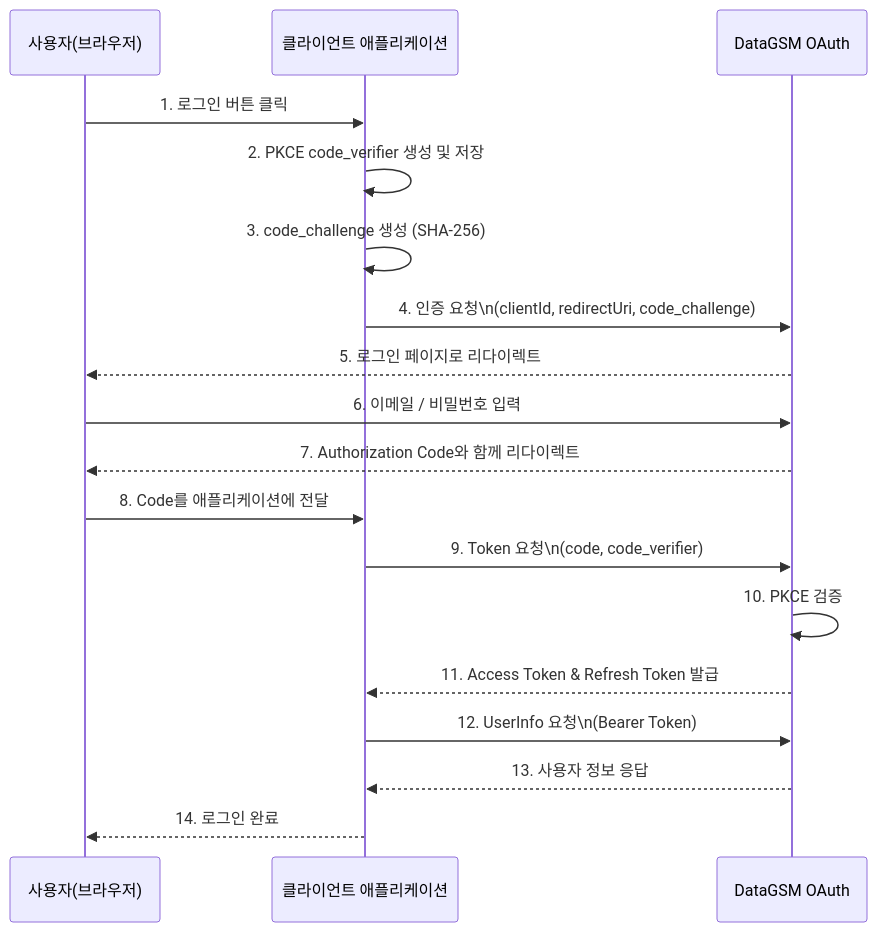
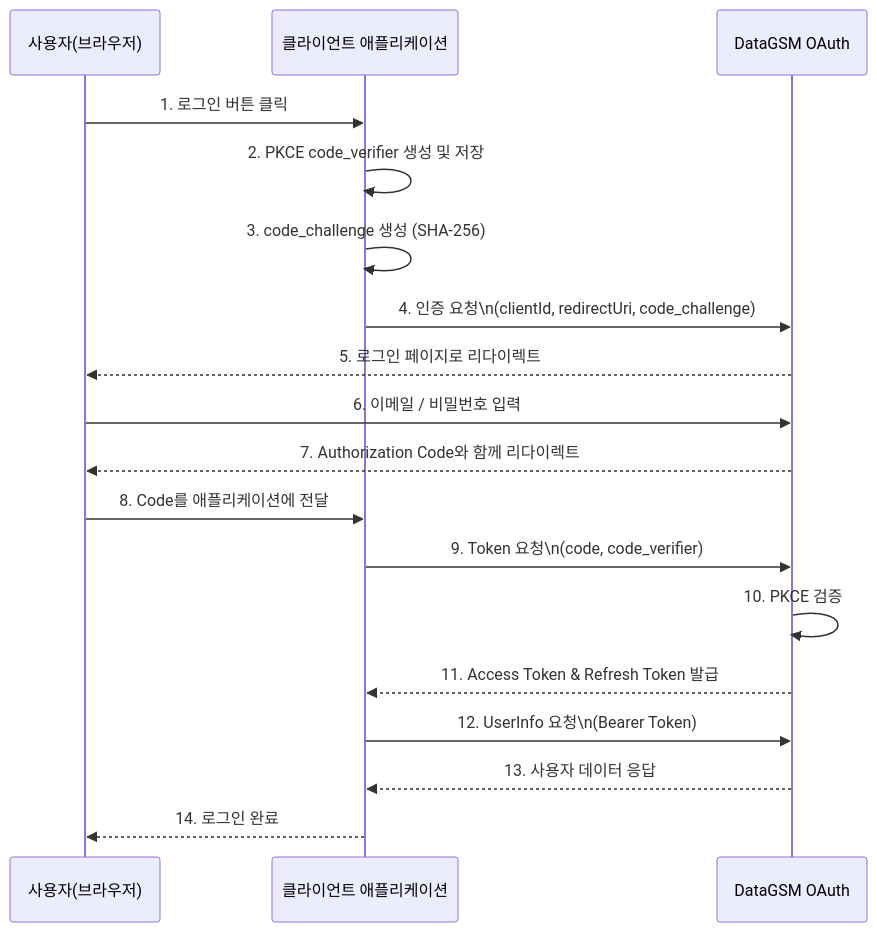
Before and after one commit to themoment-team/datagsm-front: the diagram in apps/docs/src/app/oauth/page.mdx, drawn with Mermaid. The commit also changed other lines of this file and 31 other files, not shown here.

````diff
--- a/apps/docs/src/app/oauth/page.mdx
+++ b/apps/docs/src/app/oauth/page.mdx
@@ -77,21 +77,21 @@
 ```mermaid
 sequenceDiagram
     participant U as 사용자(브라우저)
     participant C as 클라이언트 애플리케이션
     participant O as DataGSM OAuth
 
     U->>C: 1. 로그인 버튼 클릭
     C->>C: 2. PKCE code_verifier 생성 및 저장
     C->>C: 3. code_challenge 생성 (SHA-256)
     C->>O: 4. 인증 요청\n(clientId, redirectUri, code_challenge)
     O-->>U: 5. 로그인 페이지로 리다이렉트
     U->>O: 6. 이메일 / 비밀번호 입력
     O-->>U: 7. Authorization Code와 함께 리다이렉트
     U->>C: 8. Code를 애플리케이션에 전달
     C->>O: 9. Token 요청\n(code, code_verifier)
     O->>O: 10. PKCE 검증
     O-->>C: 11. Access Token & Refresh Token 발급
     C->>O: 12. UserInfo 요청\n(Bearer Token)
-    O-->>C: 13. 사용자 정보 응답
+    O-->>C: 13. 사용자 데이터 응답
     C-->>U: 14. 로그인 완료
 ```
````
